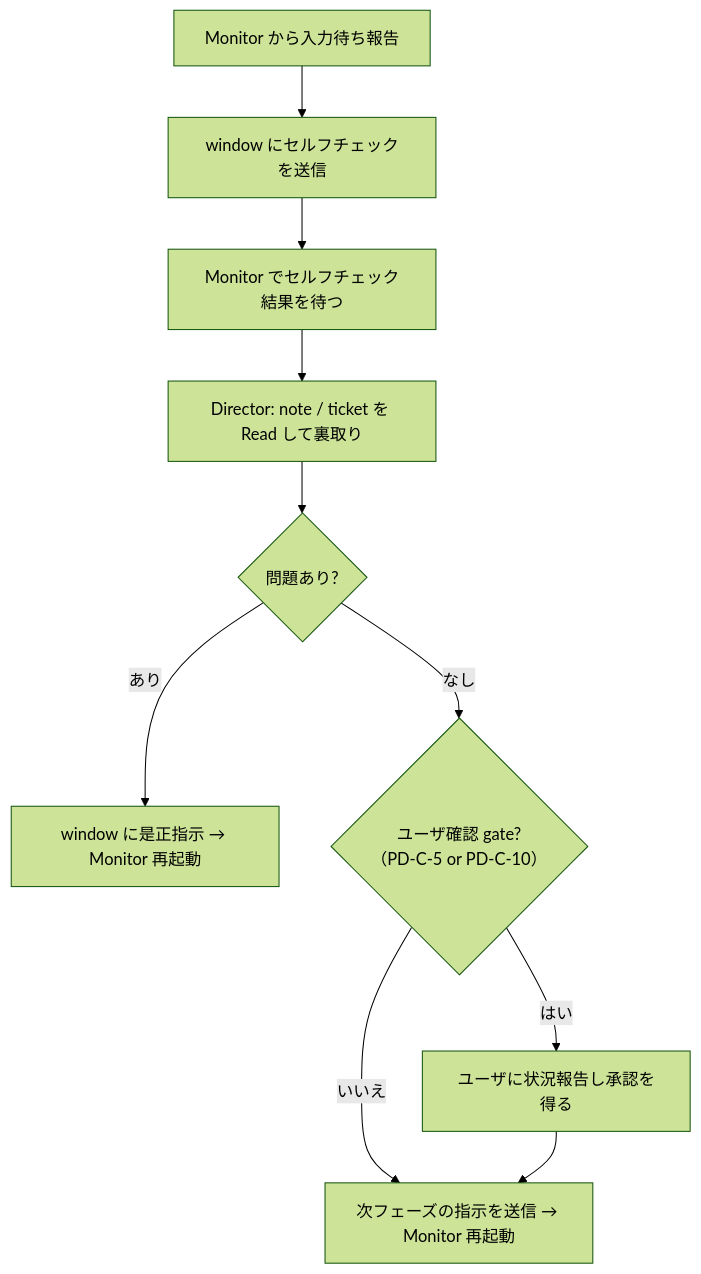
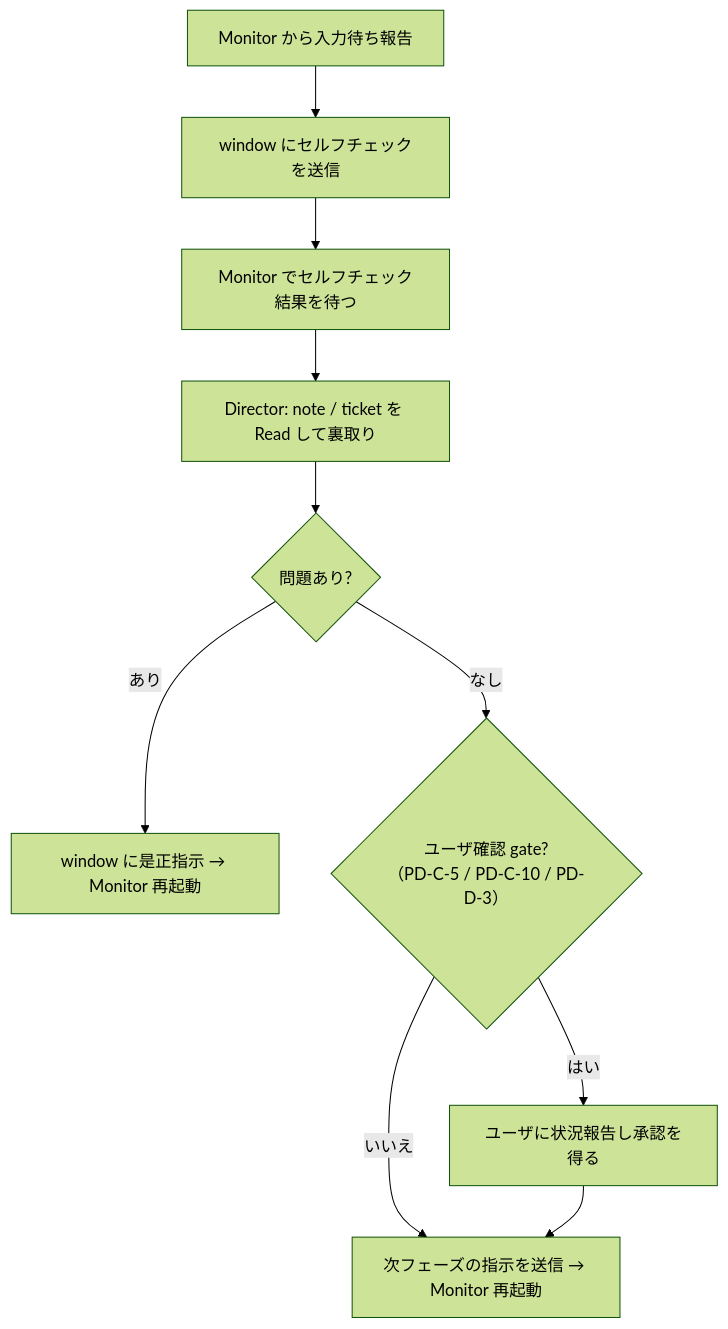
One commit to masuidrive/pdh changed the third of 3 diagrams in skills/tmux-director/SKILL.md. Above: the diagram before and after it, drawn with Mermaid (forest theme). The commit also changed other lines of this file and 1 other file, not shown here.

````diff
--- a/skills/tmux-director/SKILL.md
+++ b/skills/tmux-director/SKILL.md
@@ -243,12 +244,12 @@
 ```mermaid
 flowchart TD
     R1["Monitor から入力待ち報告"] --> R2["window にセルフチェックを送信"]
     R2 --> R3["Monitor でセルフチェック結果を待つ"]
     R3 --> R4["Director: note / ticket を Read して裏取り"]
     R4 --> R5{"問題あり?"}
     R5 -- "あり" --> R6["window に是正指示 → Monitor 再起動"]
-    R5 -- "なし" --> R7{"ユーザ確認 gate?<br/>（PD-C-5 or PD-C-10）"}
+    R5 -- "なし" --> R7{"ユーザ確認 gate?<br/>（PD-C-5 / PD-C-10 / PD-D-3）"}
     R7 -- "いいえ" --> R8["次フェーズの指示を送信 → Monitor 再起動"]
     R7 -- "はい" --> R9["ユーザに状況報告し承認を得る"]
     R9 --> R8
 ```
````
